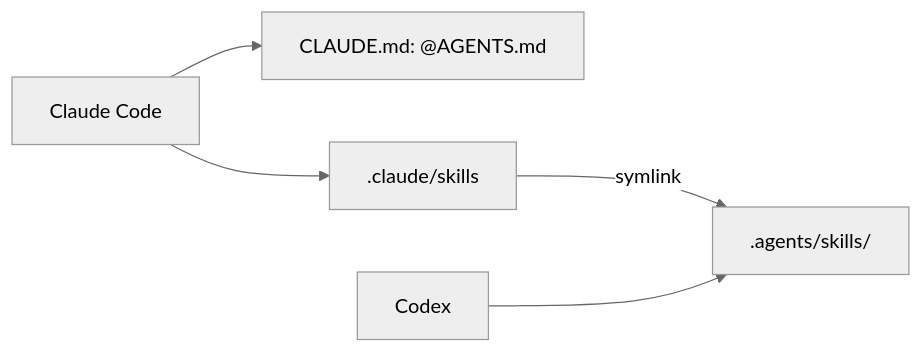
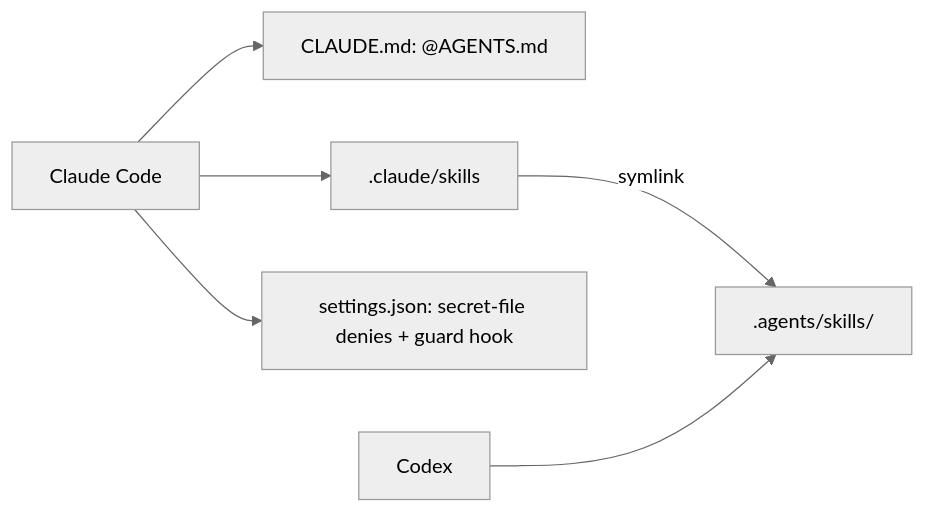
Before and after one commit to GraphDone/GraphDone-Core: the diagram in .claude/README.md, drawn with Mermaid (neutral theme). The commit also changed other lines of this file and 9 other files, not shown here.

First line of the commit message:
agents: shared Claude settings, a guard hook and the PR reviewer

````diff
--- a/.claude/README.md
+++ b/.claude/README.md
@@ -8,7 +8,8 @@
 ```mermaid
 flowchart LR
   claude["Claude Code"] --> claudemd["CLAUDE.md: @AGENTS.md"]
   claude --> skills[".claude/skills"]
   skills -->|"symlink"| shared[".agents/skills/"]
+  claude --> settings["settings.json: secret-file denies + guard hook"]
   codex["Codex"] --> shared
 ```
````
